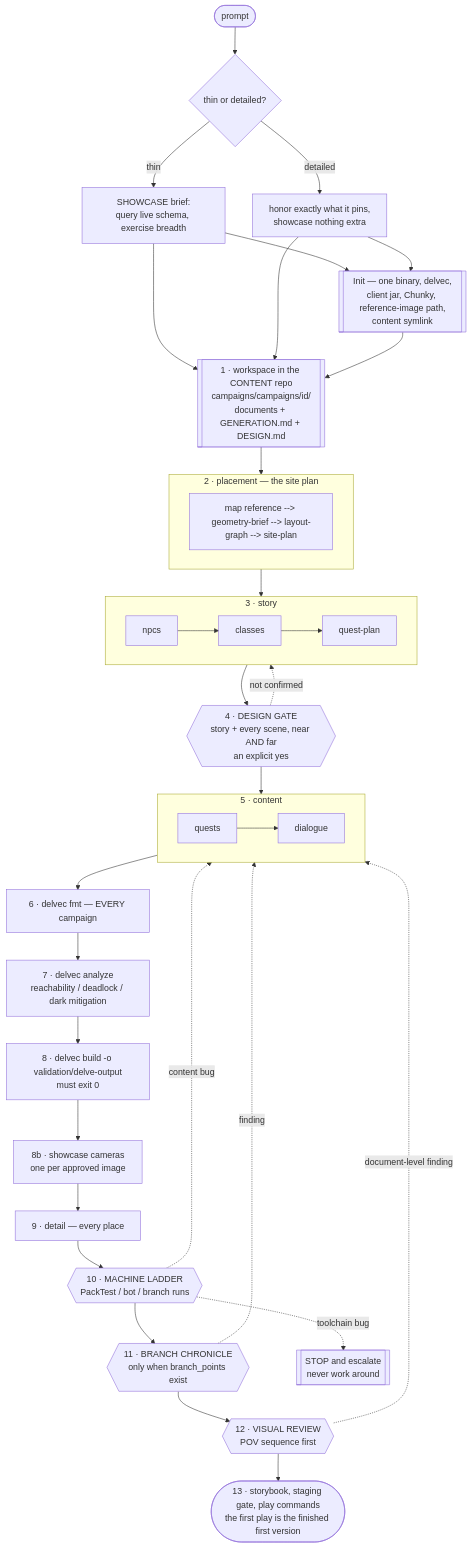
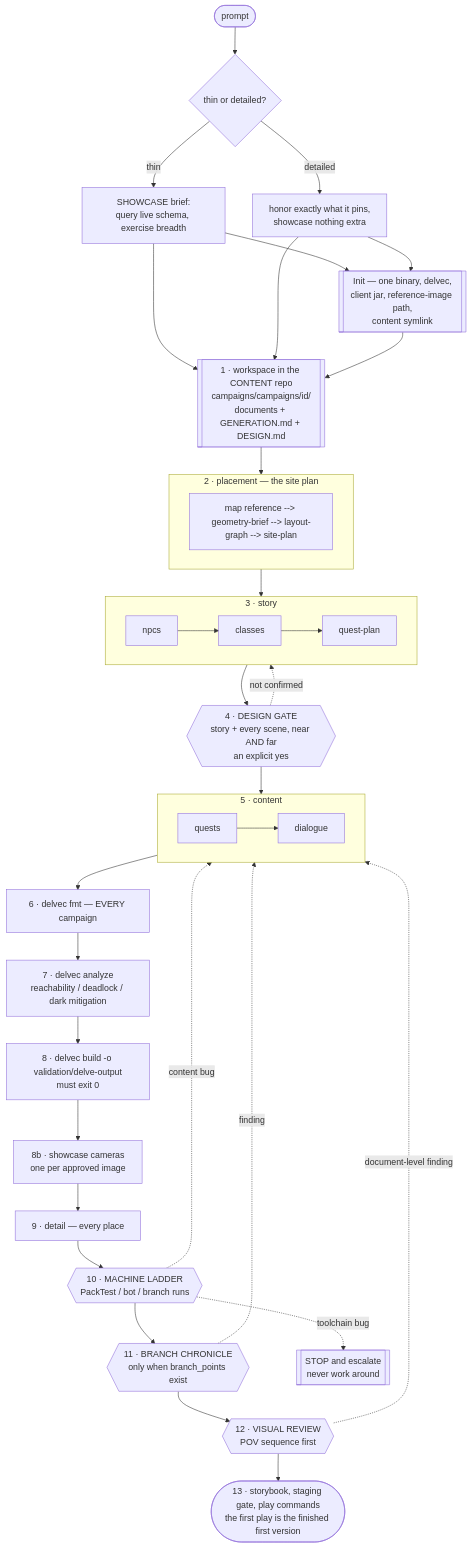
One commit to stellarfeline/delvewright changed the first of 3 diagrams in docs/reference/skill-workflow.md. Above: the diagram before and after it, drawn with Mermaid. The commit also changed other lines of this file and 42 other files, not shown here.

````diff
--- a/docs/reference/skill-workflow.md
+++ b/docs/reference/skill-workflow.md
@@ -104,45 +104,45 @@
 ```mermaid
 flowchart TD
     P([prompt]) --> M{thin or detailed?}
     M -->|thin| SH[SHOWCASE brief:<br/>query live schema, exercise breadth]
     M -->|detailed| HB[honor exactly what it pins,<br/>showcase nothing extra]
     SH --> WS
     HB --> WS
     SH --> IN
     HB --> IN
-    IN[["Init — one binary, delvec,<br/>client jar, Chunky, reference-image path,<br/>content symlink"]]
+    IN[["Init — one binary, delvec,<br/>client jar, reference-image path,<br/>content symlink"]]
     IN --> WS
     WS[["1 · workspace in the CONTENT repo<br/>campaigns/campaigns/id/<br/>documents + GENERATION.md + DESIGN.md"]]
 
     WS --> P2
     subgraph P2 ["2 · placement — the site plan"]
         direction LR
         SP[map reference --> geometry-brief --> layout-graph --> site-plan]
     end
     P2 --> L
     subgraph L ["3 · story"]
         direction LR
         S2[npcs] --> S3[classes] --> S4[quest-plan]
     end
 
     L --> AG{{"4 · DESIGN GATE<br/>story + every scene, near AND far<br/>an explicit yes"}}
     AG -.not confirmed.-> L
     AG --> C
     subgraph C ["5 · content"]
         direction LR
         S5[quests] --> S6[dialogue]
     end
     C --> F["6 · delvec fmt — EVERY campaign"]
     F --> A["7 · delvec analyze<br/>reachability / deadlock / dark mitigation"]
     A --> B["8 · delvec build -o validation/delve-output<br/>must exit 0"]
     B --> CAM["8b · showcase cameras<br/>one per approved image"]
     CAM --> D["9 · detail — every place"]
     D --> G8{{"10 · MACHINE LADDER<br/>PackTest / bot / branch runs"}}
     G8 --> G7{{"11 · BRANCH CHRONICLE<br/>only when branch_points exist"}}
     G7 --> G9{{"12 · VISUAL REVIEW<br/>POV sequence first"}}
     G9 --> G10([13 · storybook, staging gate, play commands<br/>the first play is the finished first version])
     G7 -.finding.-> C
     G8 -.content bug.-> C
     G8 -.toolchain bug.-> ESC[[STOP and escalate<br/>never work around]]
     G9 -.document-level finding.-> C
 ```
````
